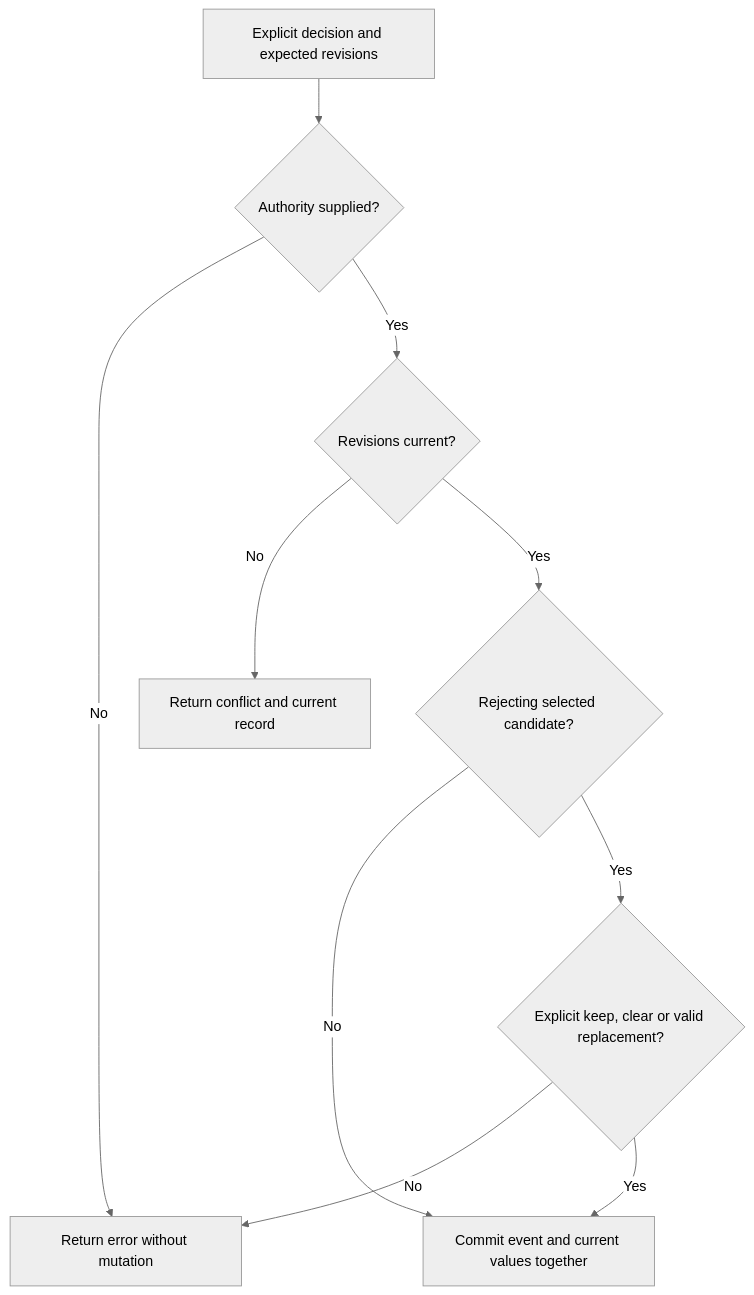
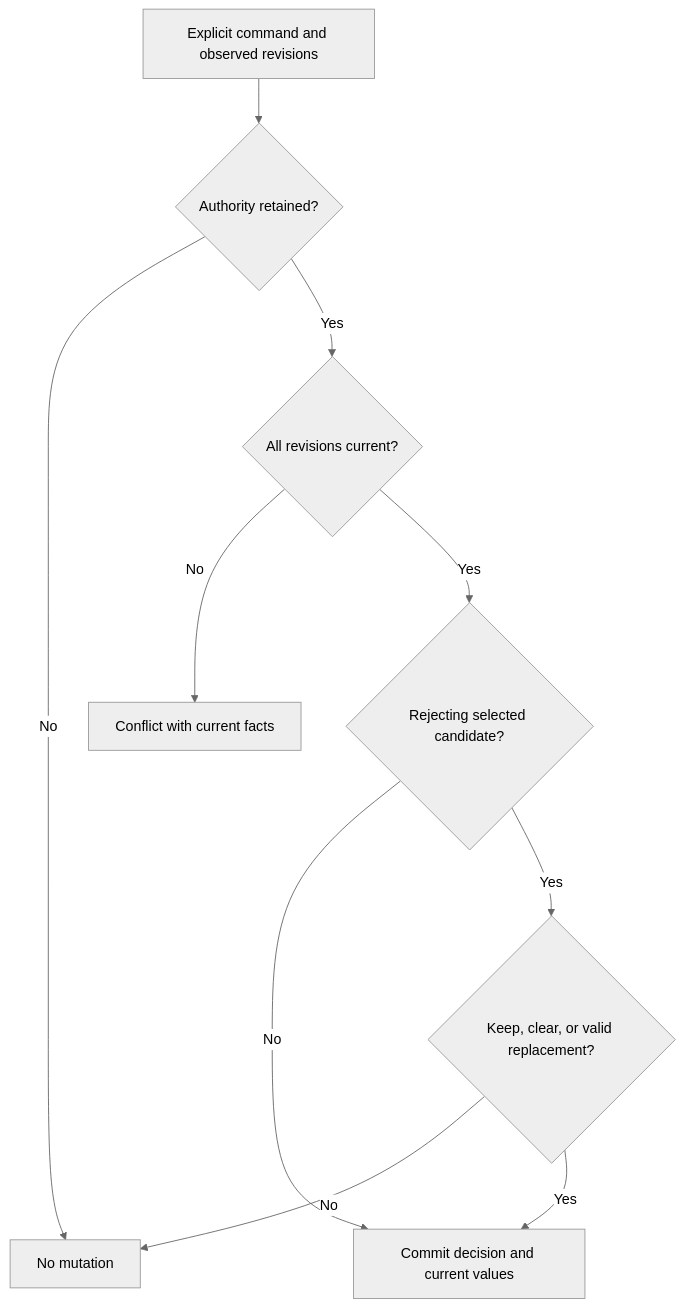
Before and after one commit to sh1ny/assetweave: the sixth of 7 diagrams in docs/plans/2026-09-29-1434-feat-first-complete-art-workflow-plan.md, drawn with Mermaid (neutral theme). The commit also changed other lines of this file and 1 other file, not shown here.

````diff
--- a/docs/plans/2026-09-29-1434-feat-first-complete-art-workflow-plan.md
+++ b/docs/plans/2026-09-29-1434-feat-first-complete-art-workflow-plan.md
@@ -493,12 +489,12 @@
 ```mermaid
 flowchart TB
-    Command[Explicit decision and expected revisions] --> Authority{Authority supplied?}
-    Authority -->|No| Refuse[Return error without mutation]
-    Authority -->|Yes| Fresh{Revisions current?}
-    Fresh -->|No| Conflict[Return conflict and current record]
-    Fresh -->|Yes| Reject{Rejecting selected candidate?}
-    Reject -->|No| Commit[Commit event and current values together]
-    Reject -->|Yes| Choice{Explicit keep, clear or valid replacement?}
-    Choice -->|No| Refuse
+    Command[Explicit command and observed revisions] --> Authority{Authority retained?}
+    Authority -->|No| Reject[No mutation]
+    Authority -->|Yes| Fresh{All revisions current?}
+    Fresh -->|No| Conflict[Conflict with current facts]
+    Fresh -->|Yes| Selected{Rejecting selected candidate?}
+    Selected -->|No| Commit[Commit decision and current values]
+    Selected -->|Yes| Choice{Keep, clear, or valid replacement?}
+    Choice -->|No| Reject
     Choice -->|Yes| Commit
 ```
````
